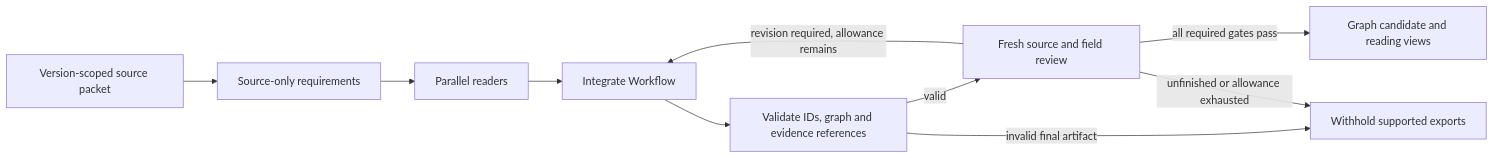
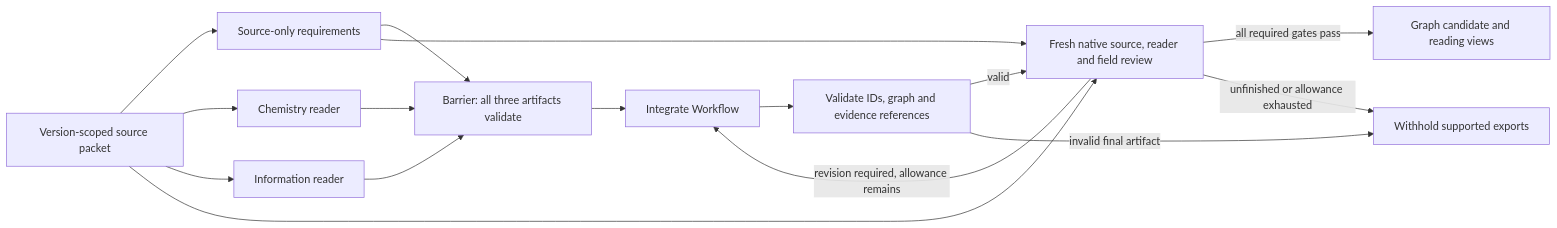
Before and after one commit to stojkovicMihajlo/-sequencing-technology-atlas: the diagram in docs/PROTOTYPE.md, drawn with Mermaid. The commit also changed other lines of this file and 40 other files, not shown here.

````diff
--- a/docs/PROTOTYPE.md
+++ b/docs/PROTOTYPE.md
@@ -19,12 +26,18 @@
 ```mermaid
 flowchart LR
   A[Version-scoped source packet] --> B[Source-only requirements]
-  B --> C[Parallel readers]
-  C --> D[Integrate Workflow]
+  A --> C[Chemistry reader]
+  A --> I[Information reader]
+  B --> V[Barrier: all three artifacts validate]
+  C --> V
+  I --> V
+  V --> D[Integrate Workflow]
   D --> E[Validate IDs, graph and evidence references]
-  E -->|valid| F[Fresh source and field review]
+  E -->|valid| F[Fresh native source, reader and field review]
+  A --> F
+  B --> F
   E -->|invalid final artifact| H[Withhold supported exports]
   F -->|revision required, allowance remains| D
   F -->|all required gates pass| G[Graph candidate and reading views]
   F -->|unfinished or allowance exhausted| H
 ```
````
